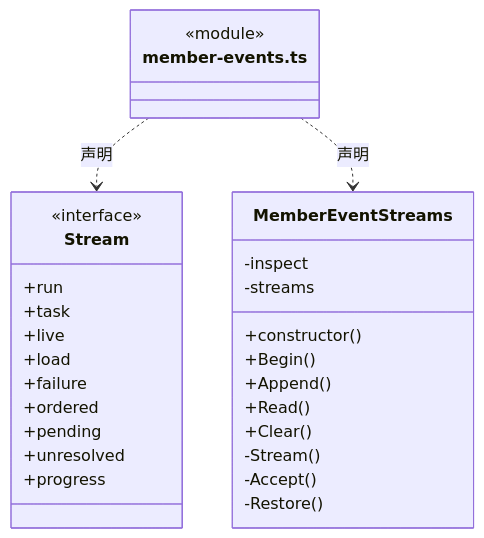
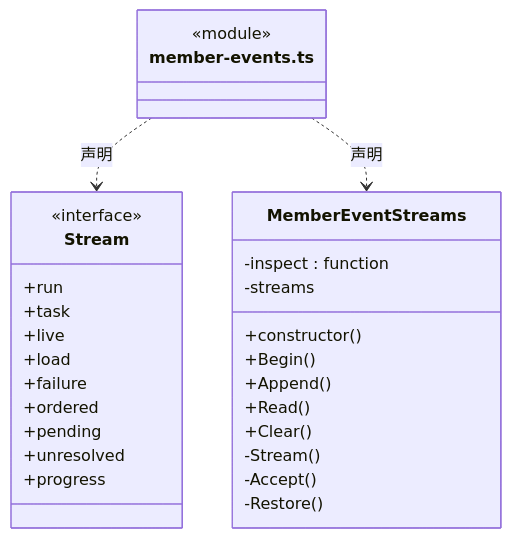
The fifth of 8 diagrams in src/logic/runtime/monitoring/ARCHITECTURE.md (nan023062/cbim), drawn with Mermaid before and after one commit. The commit also changed other lines of this file and 137 other files, not shown here.

Commit message:
fix: align architecture generator with documentation standards

````diff
--- a/src/logic/runtime/monitoring/ARCHITECTURE.md
+++ b/src/logic/runtime/monitoring/ARCHITECTURE.md
@@ -238,32 +242,32 @@
 ```mermaid
 classDiagram
 class N_src_logic_runtime_monitoring_member_events_ts["member-events.ts"] {
   <<module>>
 }
 class N_src_logic_runtime_monitoring_member_events_ts_Stream["Stream"] {
   <<interface>>
   +run
   +task
   +live
   +load
   +failure
   +ordered
   +pending
   +unresolved
   +progress
 }
 N_src_logic_runtime_monitoring_member_events_ts ..> N_src_logic_runtime_monitoring_member_events_ts_Stream : 声明
 class N_src_logic_runtime_monitoring_member_events_ts_MemberEventStreams["MemberEventStreams"] {
   +constructor()
   +Begin()
   +Append()
   +Read()
   +Clear()
-  -inspect
+  -inspect : function
   -streams
   -Stream()
   -Accept()
   -Restore()
 }
 N_src_logic_runtime_monitoring_member_events_ts ..> N_src_logic_runtime_monitoring_member_events_ts_MemberEventStreams : 声明
 ```
````
